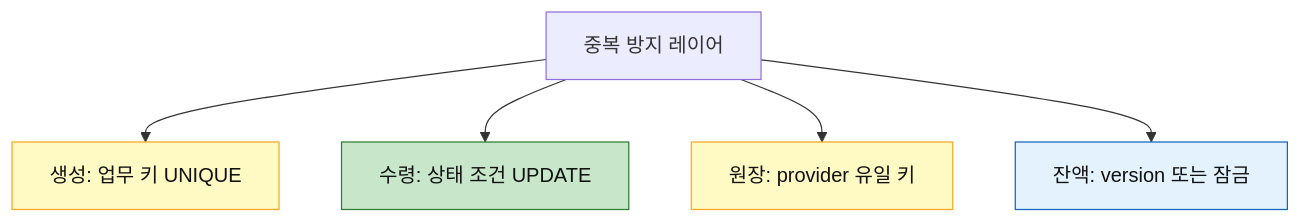
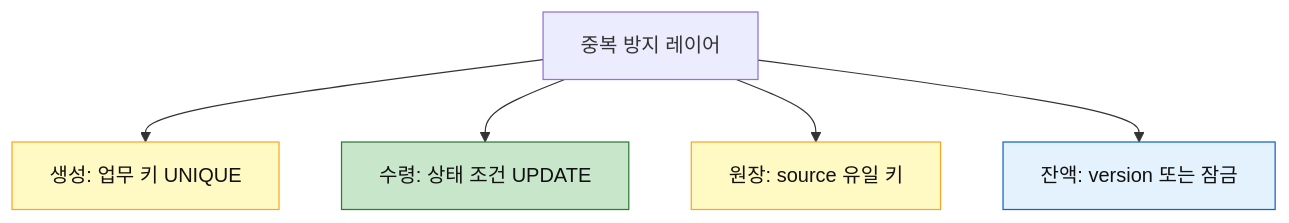
Diagram 13 of 13 in _posts/2026-03-20-reward-creation-receipt-charge-responsibility.md (jiwon11/jiwon11.github.io), drawn with Mermaid before and after one commit. The commit also changed other lines of this file and 9 other files, not shown here.

```diff
--- a/_posts/2026-03-20-reward-creation-receipt-charge-responsibility.md
+++ b/_posts/2026-03-20-reward-creation-receipt-charge-responsibility.md
@@ -658,12 +656,12 @@
 ~~~mermaid
 flowchart TD
     G["중복 방지 레이어"] --> A["생성: 업무 키 UNIQUE"]
     G --> B["수령: 상태 조건 UPDATE"]
-    G --> C["원장: provider 유일 키"]
+    G --> C["원장: source 유일 키"]
     G --> D["잔액: version 또는 잠금"]
 
     style B fill:#c8e6c9,stroke:#2e7d32,color:#111
     style A fill:#fff9c4,stroke:#f9a825,color:#111
     style C fill:#fff9c4,stroke:#f9a825,color:#111
     style D fill:#e3f2fd,stroke:#1565c0,color:#111
 ~~~
```
